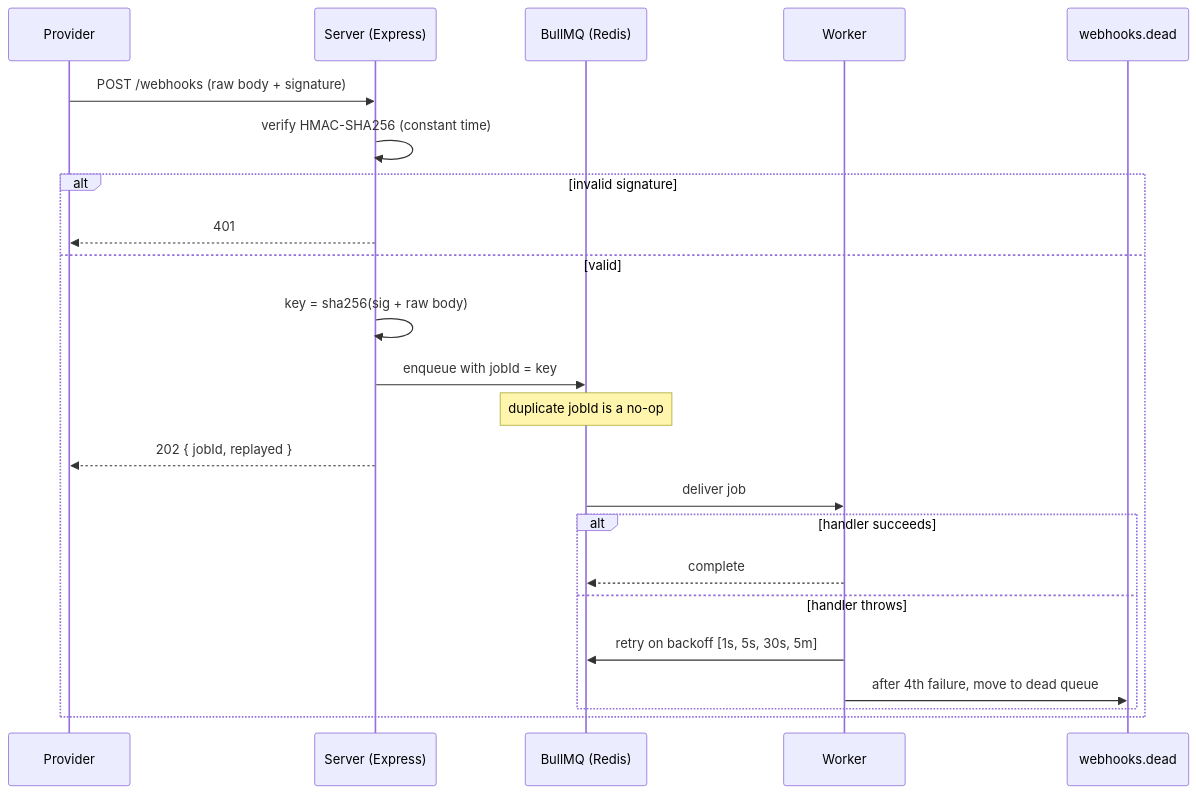
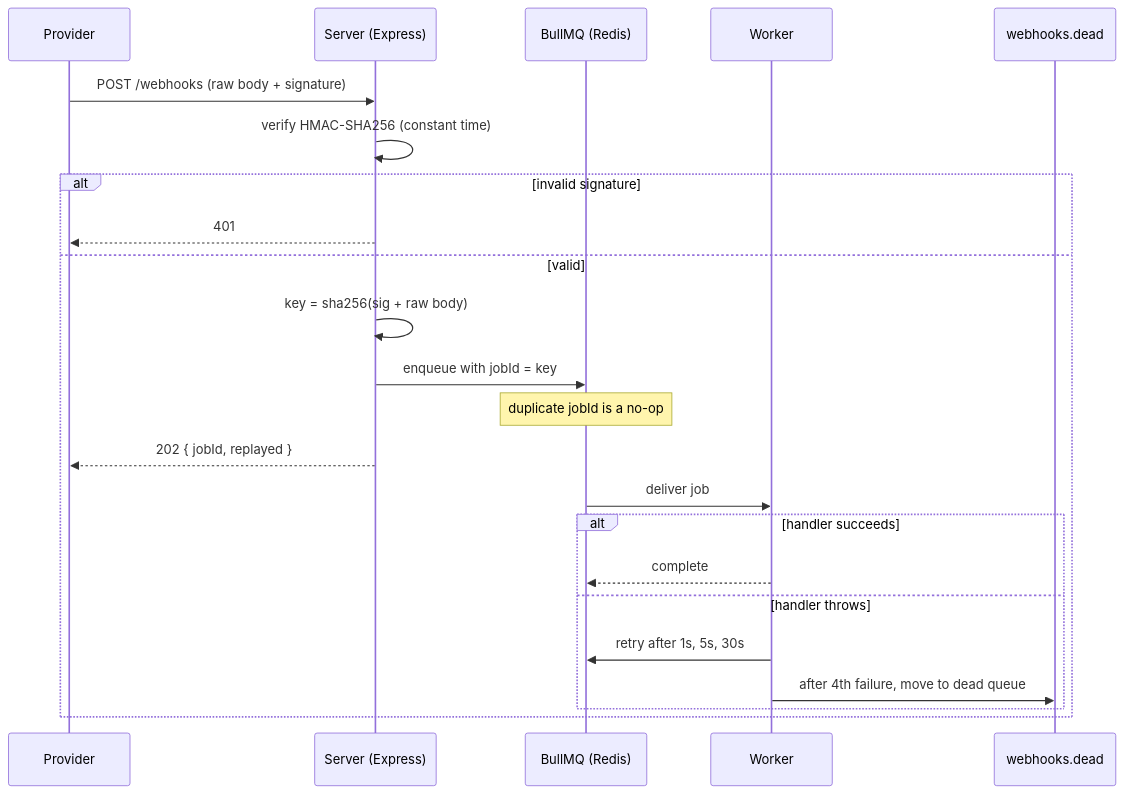
Before and after one commit to ykstorm/anvil: the diagram in docs/ARCHITECTURE.md, drawn with Mermaid. The commit also changed 8 other files, not shown here.

Commit message:
retry: drop the dead 5m backoff entry and document the real schedule (#25)

````diff
--- a/docs/ARCHITECTURE.md
+++ b/docs/ARCHITECTURE.md
@@ -8,26 +8,26 @@
 ```mermaid
 sequenceDiagram
     participant P as Provider
     participant S as Server (Express)
     participant Q as BullMQ (Redis)
     participant W as Worker
     participant D as webhooks.dead
 
     P->>S: POST /webhooks (raw body + signature)
     S->>S: verify HMAC-SHA256 (constant time)
     alt invalid signature
         S-->>P: 401
     else valid
         S->>S: key = sha256(sig + raw body)
         S->>Q: enqueue with jobId = key
         Note over Q: duplicate jobId is a no-op
         S-->>P: 202 { jobId, replayed }
         Q->>W: deliver job
         alt handler succeeds
             W-->>Q: complete
         else handler throws
-            W->>Q: retry on backoff [1s, 5s, 30s, 5m]
+            W->>Q: retry after 1s, 5s, 30s
             W->>D: after 4th failure, move to dead queue
         end
     end
 ```
````
